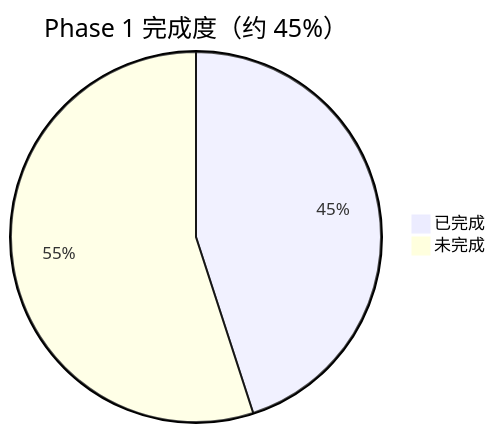
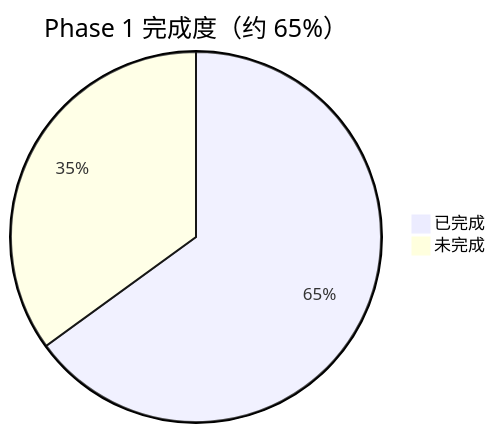
Before and after one commit to LingByte/LingVoice: the fifth of 6 diagrams in docs/11-current-flow-and-status.md, drawn with Mermaid. The commit also changed other lines of this file and 5 other files, not shown here.

````diff
--- a/docs/11-current-flow-and-status.md
+++ b/docs/11-current-flow-and-status.md
@@ -200,5 +200,5 @@
 ```mermaid
-pie title Phase 1 完成度（约 45%）
-    "已完成" : 45
-    "未完成" : 55
+pie title Phase 1 完成度（约 65%）
+    "已完成" : 65
+    "未完成" : 35
 ```
````
